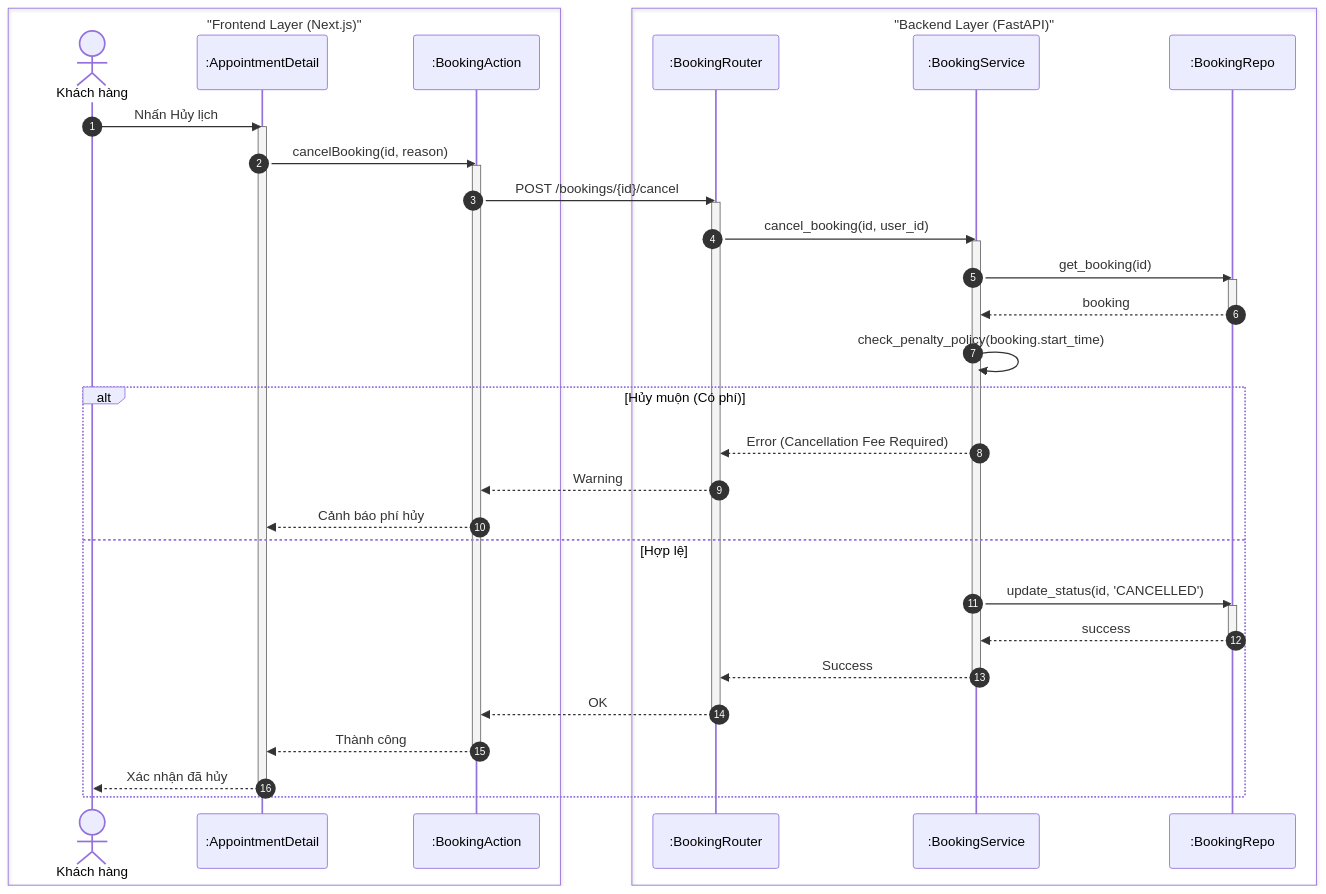
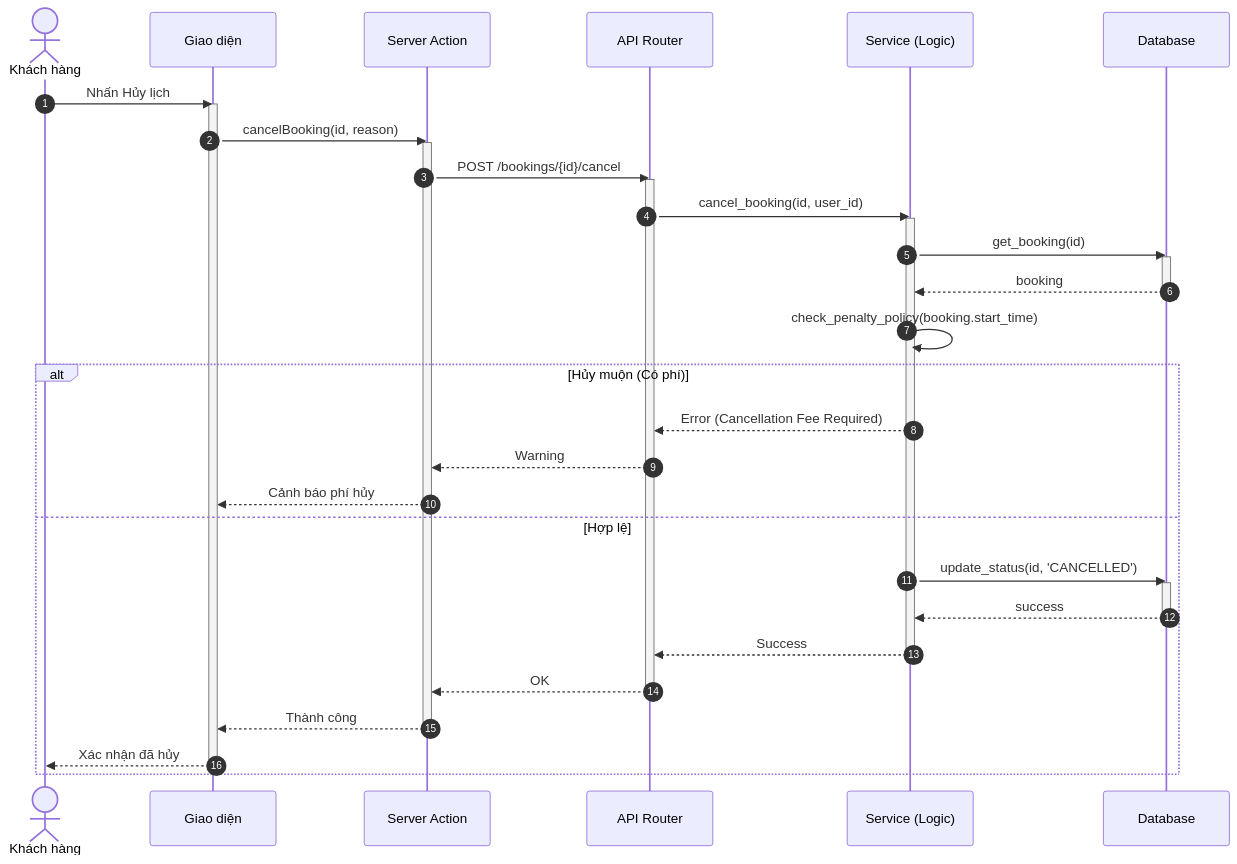
One commit to ngoctinn/Synapse changed the sixth of 8 diagrams in docs/design/sequences/customer_flows.md. Above: the diagram before and after it, drawn with Mermaid. The commit also changed other lines of this file and 4 other files, not shown here.

Commit message:
docs: Add initial sequence diagrams for admin, authentication, customer, receptionist, and technician flows.

````diff
--- a/docs/design/sequences/customer_flows.md
+++ b/docs/design/sequences/customer_flows.md
@@ -278,52 +258,47 @@
 ```mermaid
 sequenceDiagram
     autonumber
-    box "Frontend Layer (Next.js)"
-        actor KH as Khách hàng
-        participant UI as :AppointmentDetail
-        participant BFF as :BookingAction
-    end
-
-    box "Backend Layer (FastAPI)"
-        participant API as :BookingRouter
-        participant S as :BookingService
-        participant DB as :BookingRepo
-    end
+    actor KH as Khách hàng
+    participant UI as Giao diện
+    participant BFF as Server Action
+    participant API as API Router
+    participant S as Service (Logic)
+    participant DB as Database
 
     KH->>UI: Nhấn Hủy lịch
     activate UI
     UI->>BFF: cancelBooking(id, reason)
     activate BFF
 
     BFF->>API: POST /bookings/{id}/cancel
     activate API
 
     API->>S: cancel_booking(id, user_id)
     activate S
 
     S->>DB: get_booking(id)
     activate DB
     DB-->>S: booking
     deactivate DB
 
     S->>S: check_penalty_policy(booking.start_time)
 
     alt Hủy muộn (Có phí)
         S-->>API: Error (Cancellation Fee Required)
         API-->>BFF: Warning
         BFF-->>UI: Cảnh báo phí hủy
     else Hợp lệ
         S->>DB: update_status(id, 'CANCELLED')
         activate DB
         DB-->>S: success
         deactivate DB
         S-->>API: Success
         deactivate S
         API-->>BFF: OK
         deactivate API
         BFF-->>UI: Thành công
         deactivate BFF
         UI-->>KH: Xác nhận đã hủy
         deactivate UI
     end
 ```
````
